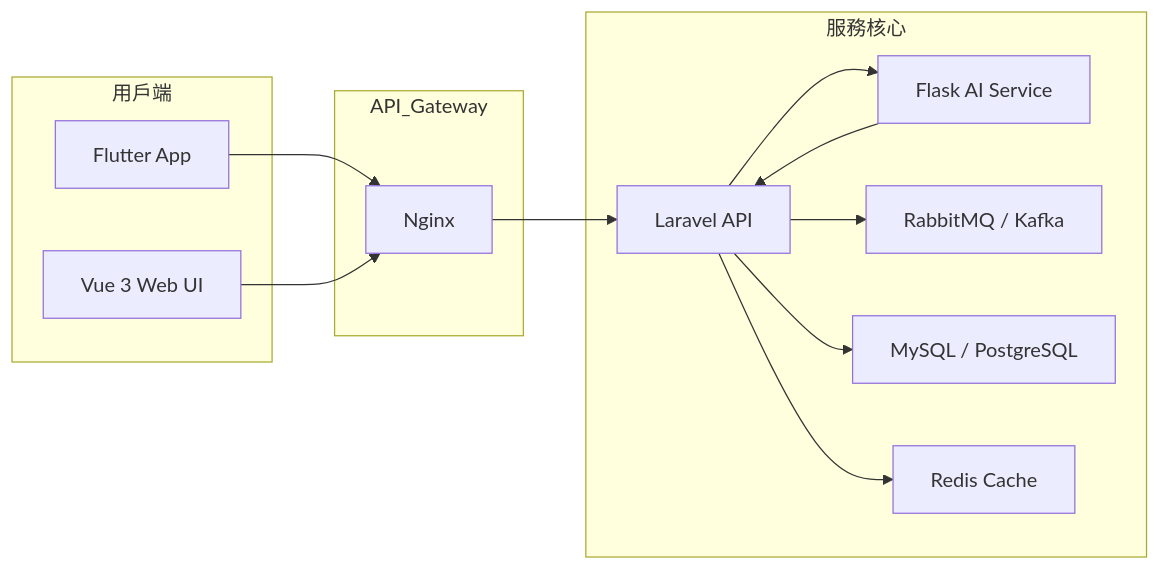
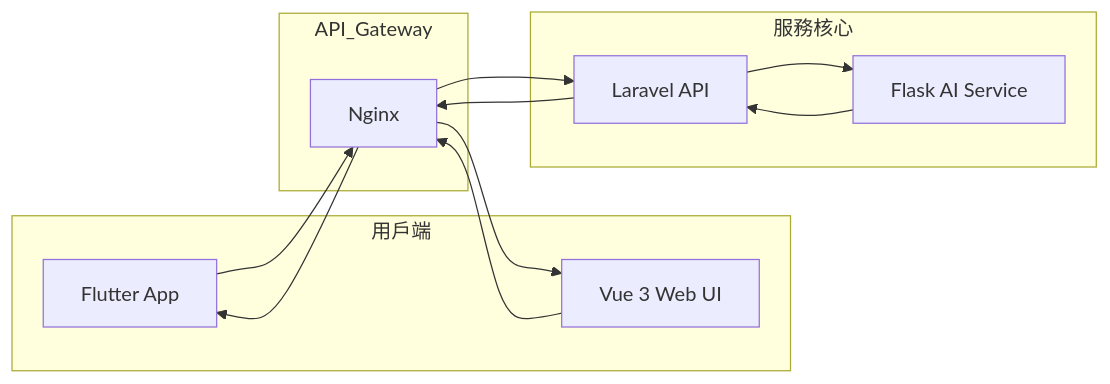
One commit to BpsEason/petcarehub changed the diagram in README.md. Above: the diagram before and after it, drawn with Mermaid.

````diff
--- a/README.md
+++ b/README.md
@@ -38,29 +38,29 @@
 ```mermaid
 flowchart LR
   subgraph 用戶端
     F[Flutter App]
     W[Vue 3 Web UI]
   end
 
   subgraph API_Gateway
     NGN[Nginx]
   end
 
   subgraph 服務核心
     LAPI[Laravel API]
     AI[Flask AI Service]
-    MQ[RabbitMQ / Kafka]
-    DB[MySQL / PostgreSQL]
-    CACHE[Redis Cache]
   end
 
+  %% 請求順序
   F --> NGN
   W --> NGN
   NGN --> LAPI
-  LAPI --> DB
-  LAPI --> CACHE
-  LAPI --> MQ
   LAPI --> AI
   AI --> LAPI
 
+  %% 回應順序
+  LAPI --> NGN
+  NGN --> F
+  NGN --> W
+
 ```
````
